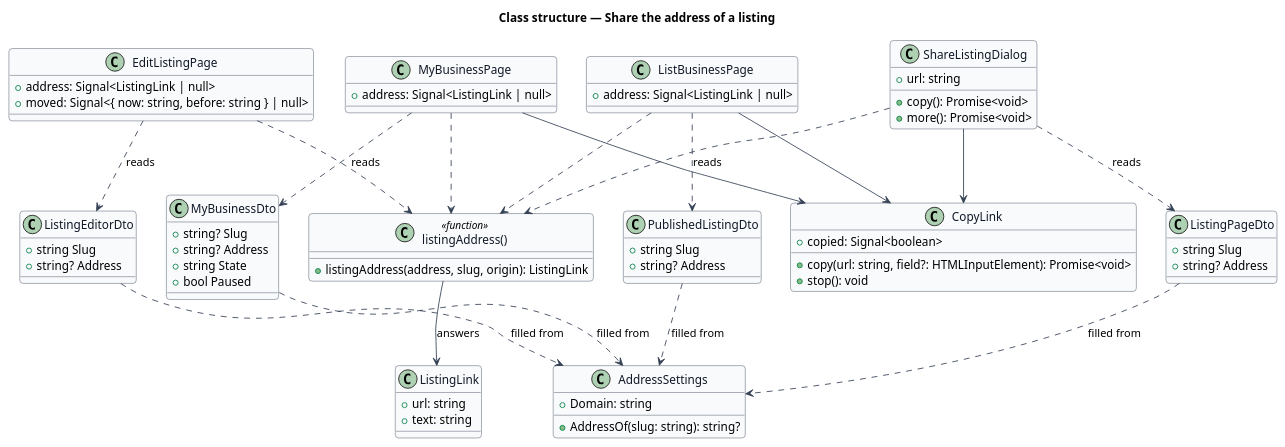
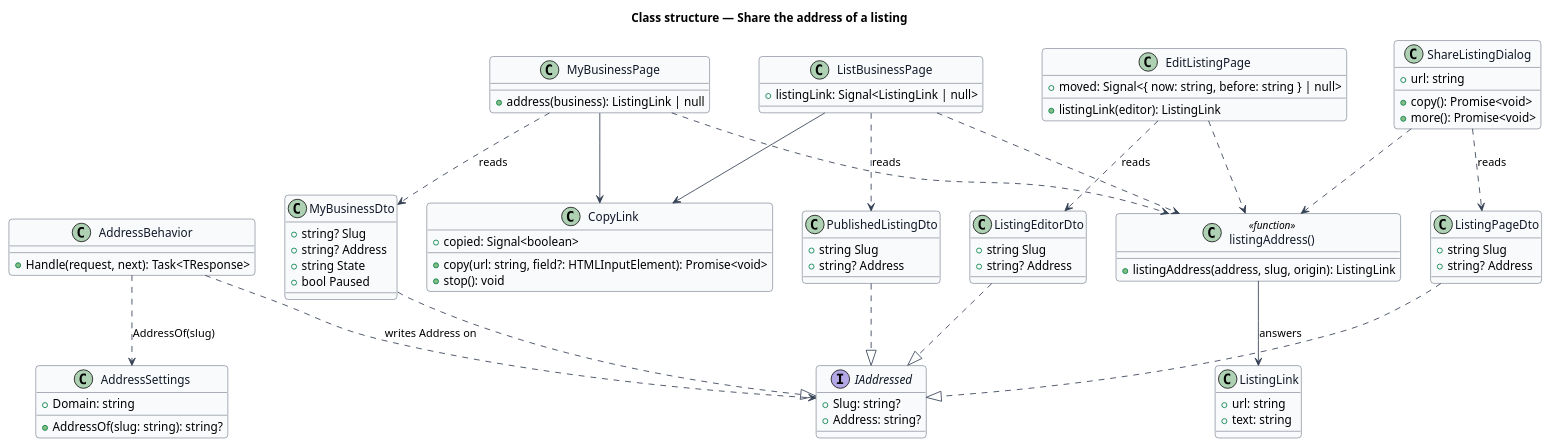
One commit to QuinntyneBrown/jubilee changed the diagram in docs/detailed-designs/listings/share-listing-address/diagrams/class-structure.puml. Above: the diagram before and after it, drawn with PlantUML. The commit also changed 21 other files, not shown here.

```diff
--- a/docs/detailed-designs/listings/share-listing-address/diagrams/class-structure.puml
+++ b/docs/detailed-designs/listings/share-listing-address/diagrams/class-structure.puml
@@ -1,91 +1,101 @@
 @startuml
 skinparam backgroundColor #FFFFFF
 skinparam shadowing false
 skinparam roundcorner 8
 skinparam defaultFontName Arial
 skinparam ArrowColor #344054
 skinparam class {
   BorderColor #344054
   FontColor #101828
   BackgroundColor #F9FAFB
 }
 title Class structure — Share the address of a listing
+
+interface IAddressed {
+  +Slug: string?
+  +Address: string?
+}
+
+class AddressBehavior {
+  +Handle(request, next): Task<TResponse>
+}
 
 class AddressSettings {
   +Domain: string
   +AddressOf(slug: string): string?
 }
 
 class ListingPageDto {
   +string Slug
   +string? Address
 }
 
 class PublishedListingDto {
   +string Slug
   +string? Address
 }
 
 class MyBusinessDto {
   +string? Slug
   +string? Address
   +string State
   +bool Paused
 }
 
 class ListingEditorDto {
   +string Slug
   +string? Address
 }
 
 class ListingLink {
   +url: string
   +text: string
 }
 
 class "listingAddress()" as Helper <<function>> {
   +listingAddress(address, slug, origin): ListingLink
 }
 
 class CopyLink {
   +copied: Signal<boolean>
   +copy(url: string, field?: HTMLInputElement): Promise<void>
   +stop(): void
 }
 
 class ShareListingDialog {
   +url: string
   +copy(): Promise<void>
   +more(): Promise<void>
 }
 
 class ListBusinessPage {
-  +address: Signal<ListingLink | null>
+  +listingLink: Signal<ListingLink | null>
 }
 
 class MyBusinessPage {
-  +address: Signal<ListingLink | null>
+  +address(business): ListingLink | null
 }
 
 class EditListingPage {
-  +address: Signal<ListingLink | null>
+  +listingLink(editor): ListingLink
   +moved: Signal<{ now: string, before: string } | null>
 }
 
-ListingPageDto ..> AddressSettings : filled from
-PublishedListingDto ..> AddressSettings : filled from
-MyBusinessDto ..> AddressSettings : filled from
-ListingEditorDto ..> AddressSettings : filled from
+ListingPageDto ..|> IAddressed
+PublishedListingDto ..|> IAddressed
+MyBusinessDto ..|> IAddressed
+ListingEditorDto ..|> IAddressed
+AddressBehavior ..> IAddressed : writes Address on
+AddressBehavior ..> AddressSettings : AddressOf(slug)
 Helper --> ListingLink : answers
 ShareListingDialog ..> Helper
 ListBusinessPage ..> Helper
 MyBusinessPage ..> Helper
 EditListingPage ..> Helper
-ShareListingDialog --> CopyLink
 ListBusinessPage --> CopyLink
 MyBusinessPage --> CopyLink
 ListBusinessPage ..> PublishedListingDto : reads
 MyBusinessPage ..> MyBusinessDto : reads
 EditListingPage ..> ListingEditorDto : reads
 ShareListingDialog ..> ListingPageDto : reads
 @enduml
```
